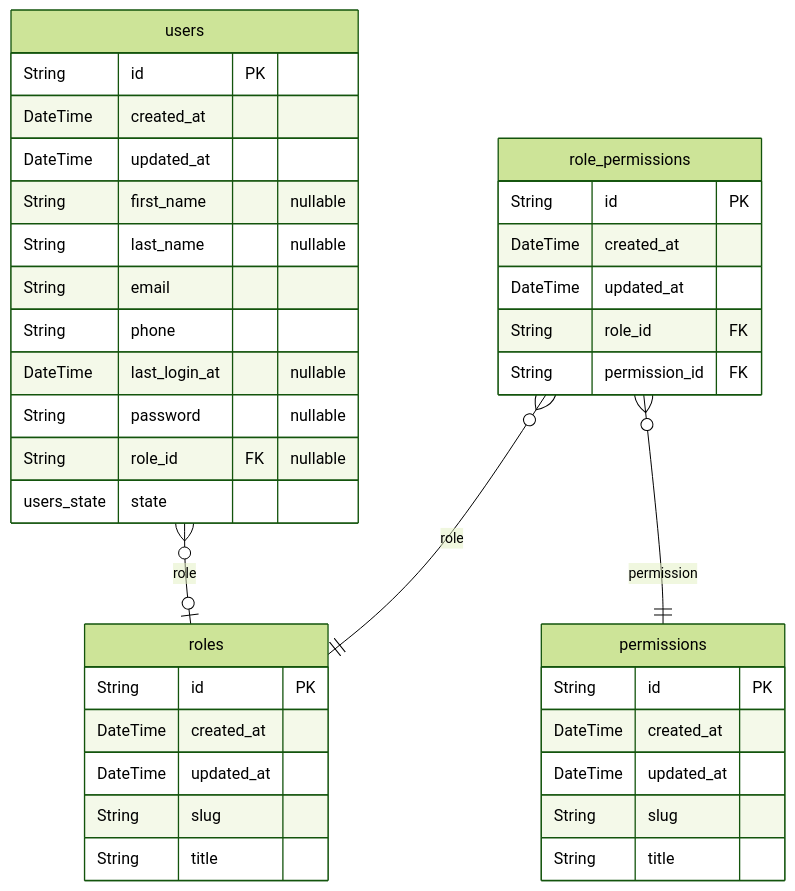
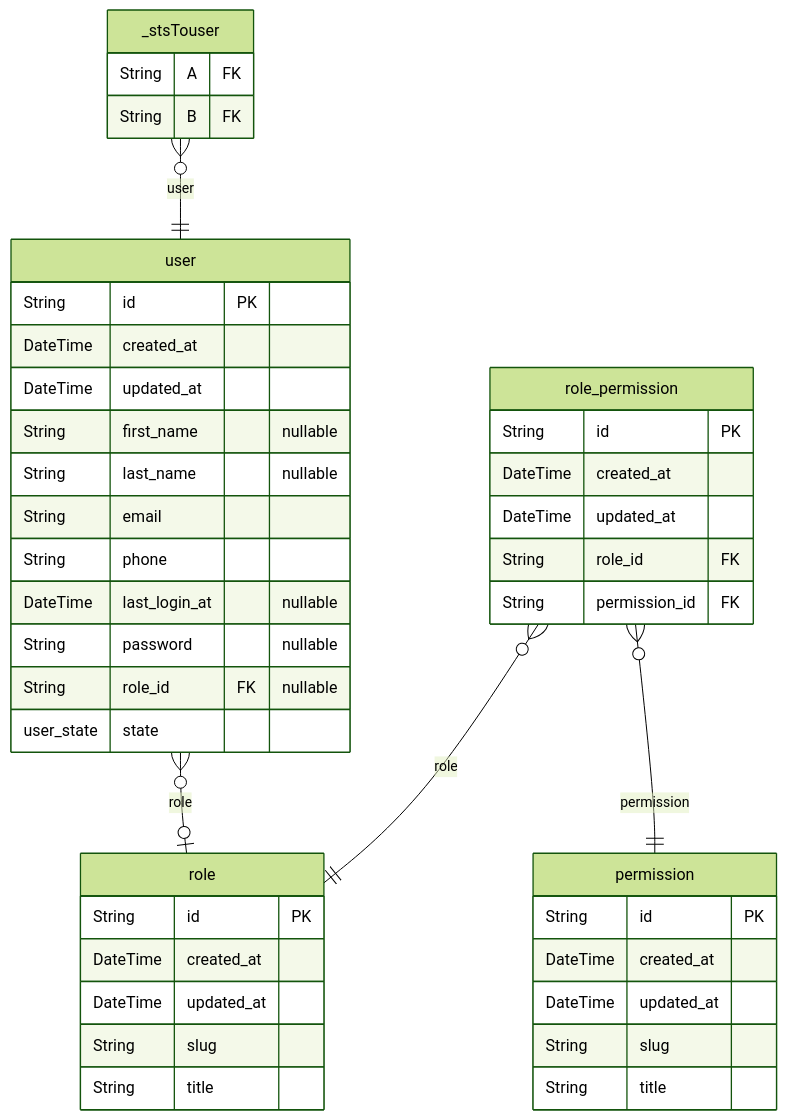
The first of 2 diagrams in packages/db/README.md (nurulhudaapon/codesamurai-final), drawn with Mermaid (forest theme) before and after one commit. The commit also changed other lines of this file and 8 other files, not shown here.

````diff
--- a/packages/db/README.md
+++ b/packages/db/README.md
@@ -8,40 +8,45 @@
 ```mermaid
 erDiagram
-"users" {
+"user" {
   String id PK
   DateTime created_at
   DateTime updated_at
   String first_name "nullable"
   String last_name "nullable"
   String email
   String phone
   DateTime last_login_at "nullable"
   String password "nullable"
   String role_id FK "nullable"
-  users_state state
+  user_state state
 }
-"roles" {
+"role" {
   String id PK
   DateTime created_at
   DateTime updated_at
   String slug
   String title
 }
-"permissions" {
+"permission" {
   String id PK
   DateTime created_at
   DateTime updated_at
   String slug
   String title
 }
-"role_permissions" {
+"role_permission" {
   String id PK
   DateTime created_at
   DateTime updated_at
   String role_id FK
   String permission_id FK
 }
-"users" }o--o| "roles" : role
-"role_permissions" }o--|| "roles" : role
-"role_permissions" }o--|| "permissions" : permission
+"_stsTouser" {
+  String A FK
+  String B FK
+}
+"user" }o--o| "role" : role
+"role_permission" }o--|| "role" : role
+"role_permission" }o--|| "permission" : permission
+"_stsTouser" }o--|| "user" : user
 ```
````
